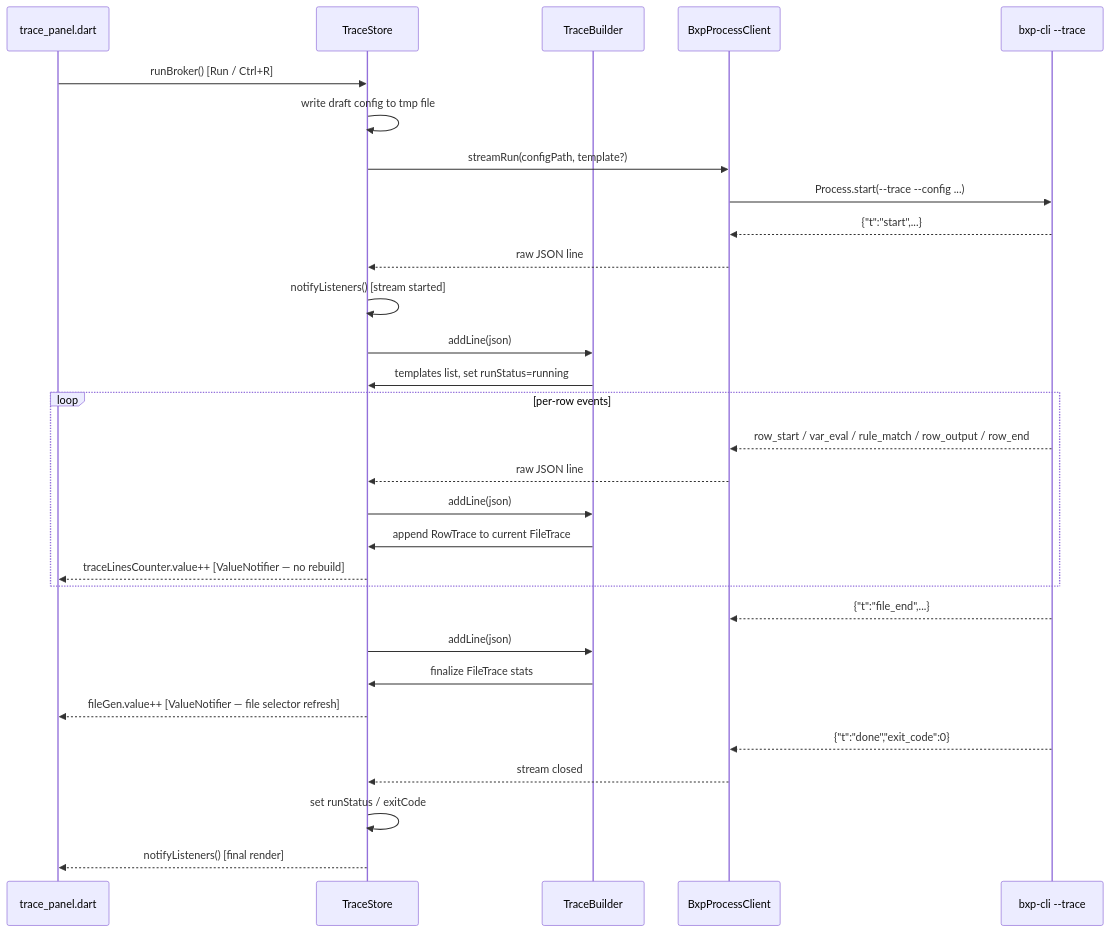
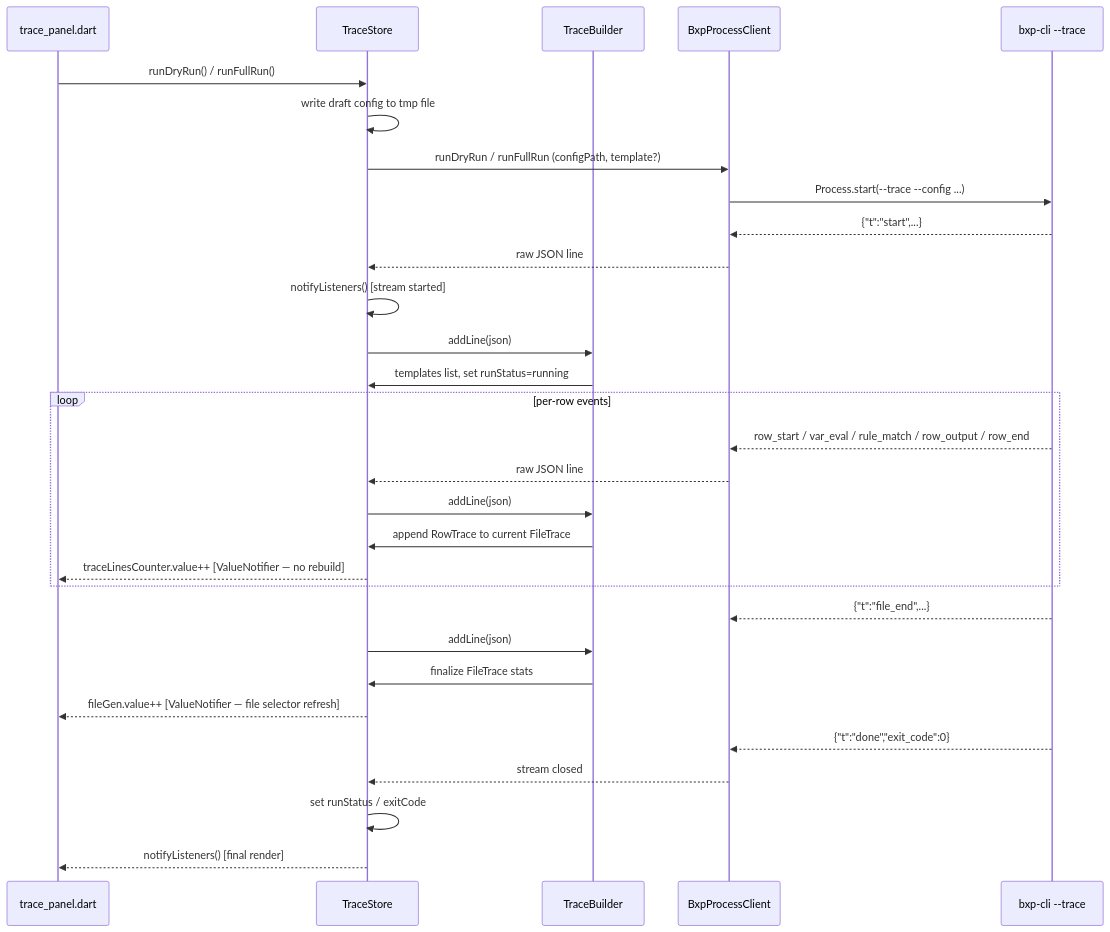
Before and after one commit to zaxified/bxp: the seventh of 15 diagrams in docs/architecture.md, drawn with Mermaid. The commit also changed other lines of this file and 4 other files, not shown here.

````diff
--- a/docs/architecture.md
+++ b/docs/architecture.md
@@ -359,33 +462,33 @@
 ```mermaid
 sequenceDiagram
     participant UI as trace_panel.dart
     participant TS as TraceStore
     participant TB as TraceBuilder
     participant BPC as BxpProcessClient
     participant CLI as bxp-cli --trace
 
-    UI->>TS: runBroker() [Run / Ctrl+R]
+    UI->>TS: runDryRun() / runFullRun()
     TS->>TS: write draft config to tmp file
-    TS->>BPC: streamRun(configPath, template?)
+    TS->>BPC: runDryRun / runFullRun (configPath, template?)
     BPC->>CLI: Process.start(--trace --config ...)
     CLI-->>BPC: {"t":"start",...}
     BPC-->>TS: raw JSON line
     TS->>TS: notifyListeners() [stream started]
     TS->>TB: addLine(json)
     TB->>TS: templates list, set runStatus=running
     loop per-row events
         CLI-->>BPC: row_start / var_eval / rule_match / row_output / row_end
         BPC-->>TS: raw JSON line
         TS->>TB: addLine(json)
         TB->>TS: append RowTrace to current FileTrace
         TS-->>UI: traceLinesCounter.value++ [ValueNotifier — no rebuild]
     end
     CLI-->>BPC: {"t":"file_end",...}
     TS->>TB: addLine(json)
     TB->>TS: finalize FileTrace stats
     TS-->>UI: fileGen.value++ [ValueNotifier — file selector refresh]
     CLI-->>BPC: {"t":"done","exit_code":0}
     BPC-->>TS: stream closed
     TS->>TS: set runStatus / exitCode
     TS-->>UI: notifyListeners() [final render]
 ```
````
